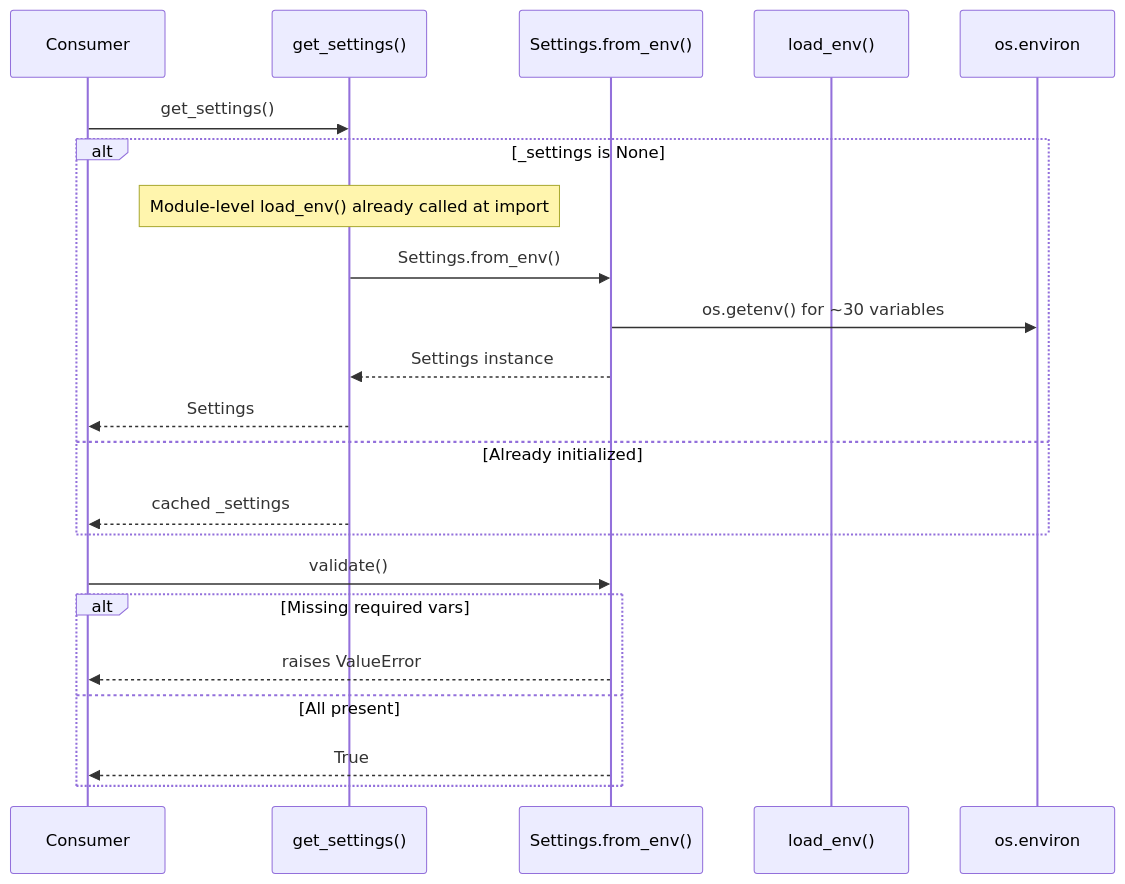
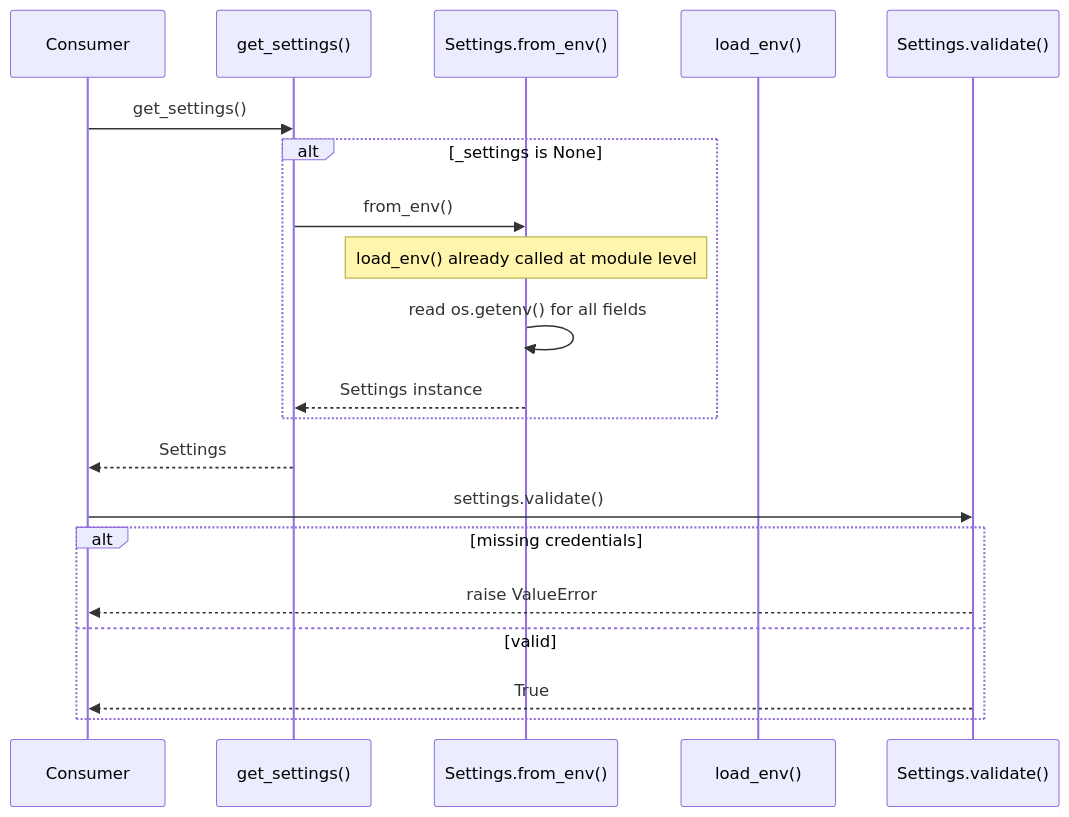
The fourth of 4 diagrams in docs/config.md (jmac-cornelis/agent-workforce), drawn with Mermaid before and after one commit. The commit also changed other lines of this file and 8 other files, not shown here.

````diff
--- a/docs/config.md
+++ b/docs/config.md
@@ -143,25 +120,24 @@
 ```mermaid
 sequenceDiagram
     participant Consumer
     participant get_settings as get_settings()
     participant Settings as Settings.from_env()
     participant load_env as load_env()
-    participant env as os.environ
+    participant validate as Settings.validate()
 
     Consumer->>get_settings: get_settings()
     alt _settings is None
-        Note over get_settings: Module-level load_env() already called at import
-        get_settings->>Settings: Settings.from_env()
-        Settings->>env: os.getenv() for ~30 variables
+        get_settings->>Settings: from_env()
+        Note over Settings: load_env() already called at module level
+        Settings->>Settings: read os.getenv() for all fields
         Settings-->>get_settings: Settings instance
-        get_settings-->>Consumer: Settings
-    else Already initialized
-        get_settings-->>Consumer: cached _settings
     end
-    Consumer->>Settings: validate()
-    alt Missing required vars
-        Settings-->>Consumer: raises ValueError
-    else All present
-        Settings-->>Consumer: True
+    get_settings-->>Consumer: Settings
+
+    Consumer->>validate: settings.validate()
+    alt missing credentials
+        validate-->>Consumer: raise ValueError
+    else valid
+        validate-->>Consumer: True
     end
 ```
````
